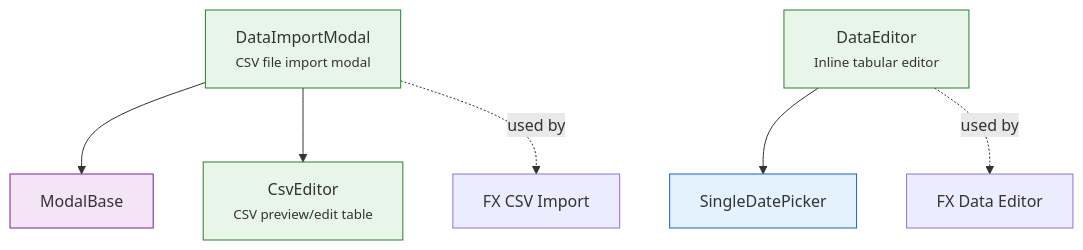
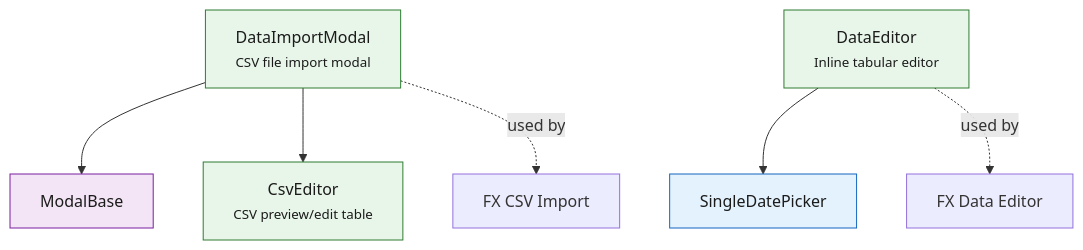
One commit to Librefolio/LibreFolio changed the diagram in mkdocs_src/docs/developer/frontend/components/core-ui/data-editor.md. Above: the diagram before and after it, drawn with Mermaid. The commit also changed 3 other files, not shown here.

Commit message:
fix(docs): diagram text colour in the core UI pages (1)

````diff
--- a/mkdocs_src/docs/developer/frontend/components/core-ui/data-editor.md
+++ b/mkdocs_src/docs/developer/frontend/components/core-ui/data-editor.md
@@ -5,16 +5,16 @@
 ```mermaid
 graph TD
     DIM["DataImportModal<br/><small>CSV file import modal</small>"] --> MB["ModalBase"]
     DIM --> CSE["CsvEditor<br/><small>CSV preview/edit table</small>"]
 
     DE["DataEditor<br/><small>Inline tabular editor</small>"] --> SDP["SingleDatePicker"]
 
     DIM -.->|used by| FXI["FX CSV Import"]
     DE -.->|used by| FXD["FX Data Editor"]
 
-    style DIM fill:#e8f5e9,stroke:#2e7d32
-    style CSE fill:#e8f5e9,stroke:#2e7d32
-    style DE fill:#e8f5e9,stroke:#2e7d32
-    style MB fill:#f3e5f5,stroke:#7b1fa2
-    style SDP fill:#e3f2fd,stroke:#1565c0
+    style DIM fill:#e8f5e9,color:#1b1b1b,stroke:#2e7d32
+    style CSE fill:#e8f5e9,color:#1b1b1b,stroke:#2e7d32
+    style DE fill:#e8f5e9,color:#1b1b1b,stroke:#2e7d32
+    style MB fill:#f3e5f5,color:#1b1b1b,stroke:#7b1fa2
+    style SDP fill:#e3f2fd,color:#1b1b1b,stroke:#1565c0
 ```
````
